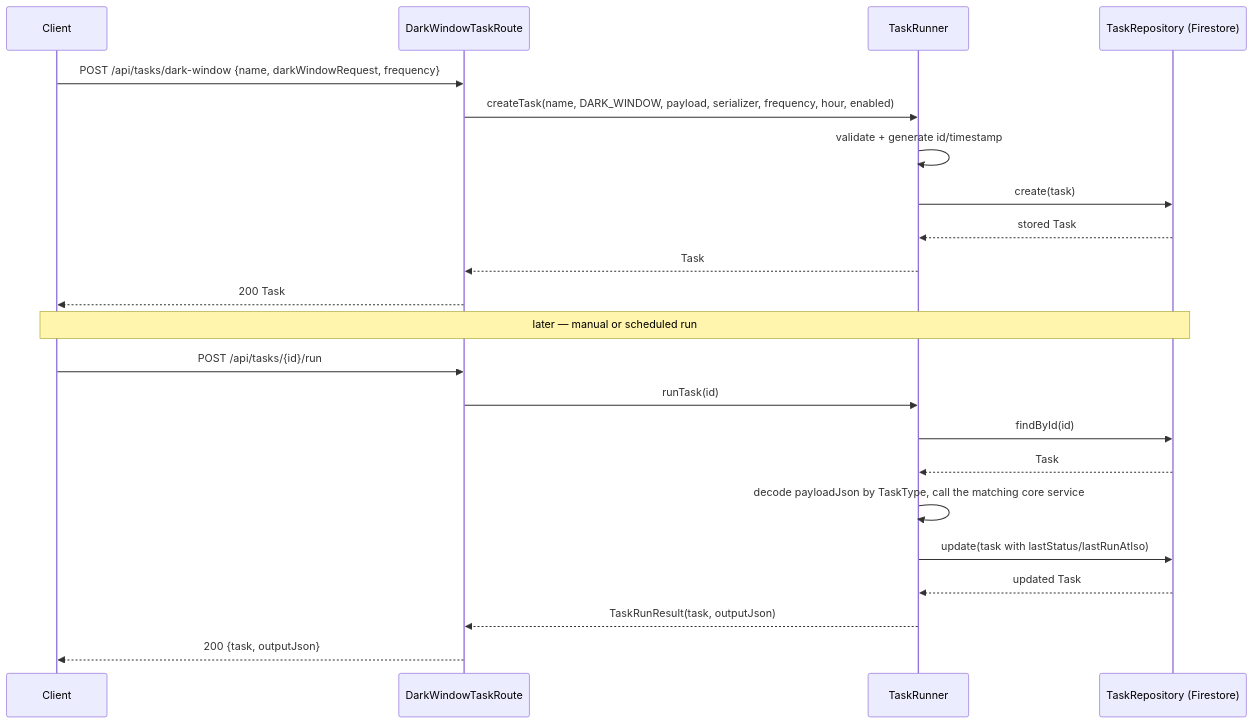
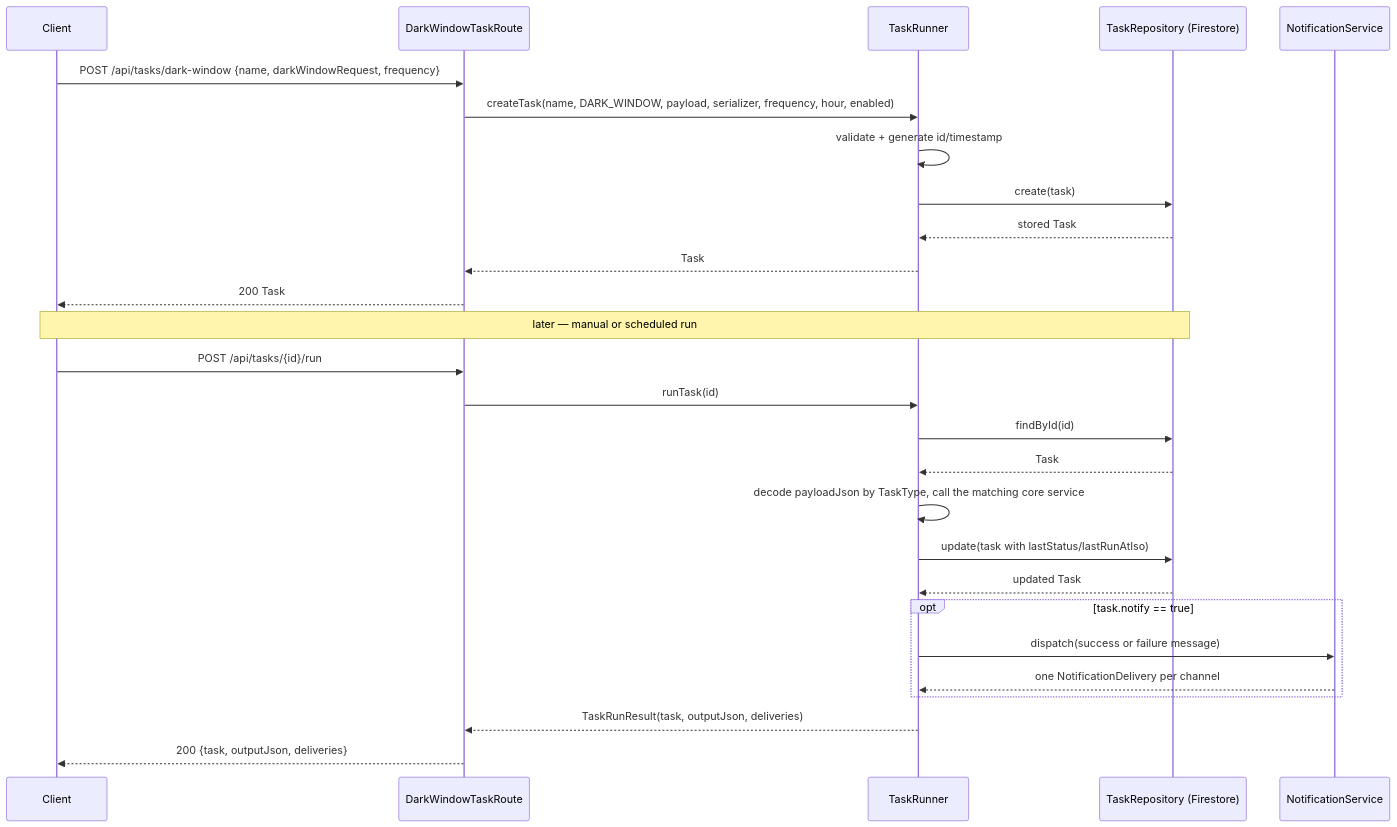
The third of 6 diagrams in docs/ARCHITECTURE.md (iOJ0230/astro-task-runner), drawn with Mermaid before and after one commit. The commit also changed other lines of this file and 40 other files, not shown here.

````diff
--- a/docs/ARCHITECTURE.md
+++ b/docs/ARCHITECTURE.md
@@ -139,26 +174,31 @@
 ```mermaid
 sequenceDiagram
     participant Client
     participant Route as DarkWindowTaskRoute
     participant Runner as TaskRunner
     participant Repo as TaskRepository (Firestore)
+    participant Notify as NotificationService
 
     Client->>Route: POST /api/tasks/dark-window {name, darkWindowRequest, frequency}
     Route->>Runner: createTask(name, DARK_WINDOW, payload, serializer, frequency, hour, enabled)
     Runner->>Runner: validate + generate id/timestamp
     Runner->>Repo: create(task)
     Repo-->>Runner: stored Task
     Runner-->>Route: Task
     Route-->>Client: 200 Task
 
     Note over Client,Repo: later — manual or scheduled run
     Client->>Route: POST /api/tasks/{id}/run
     Route->>Runner: runTask(id)
     Runner->>Repo: findById(id)
     Repo-->>Runner: Task
     Runner->>Runner: decode payloadJson by TaskType, call the matching core service
     Runner->>Repo: update(task with lastStatus/lastRunAtIso)
     Repo-->>Runner: updated Task
-    Runner-->>Route: TaskRunResult(task, outputJson)
-    Route-->>Client: 200 {task, outputJson}
+    opt task.notify == true
+        Runner->>Notify: dispatch(success or failure message)
+        Notify-->>Runner: one NotificationDelivery per channel
+    end
+    Runner-->>Route: TaskRunResult(task, outputJson, deliveries)
+    Route-->>Client: 200 {task, outputJson, deliveries}
 ```
````
